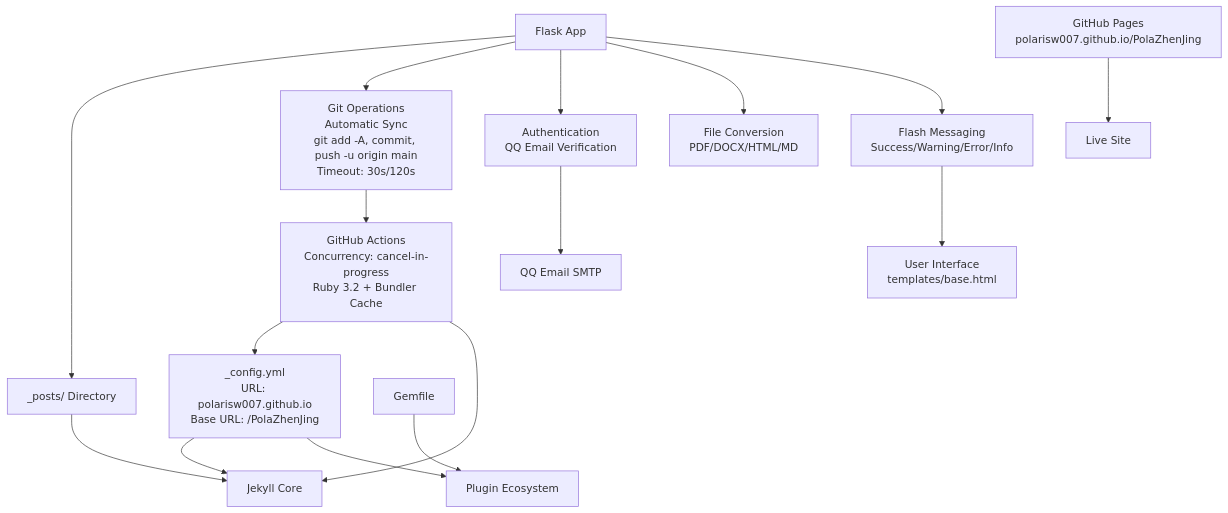
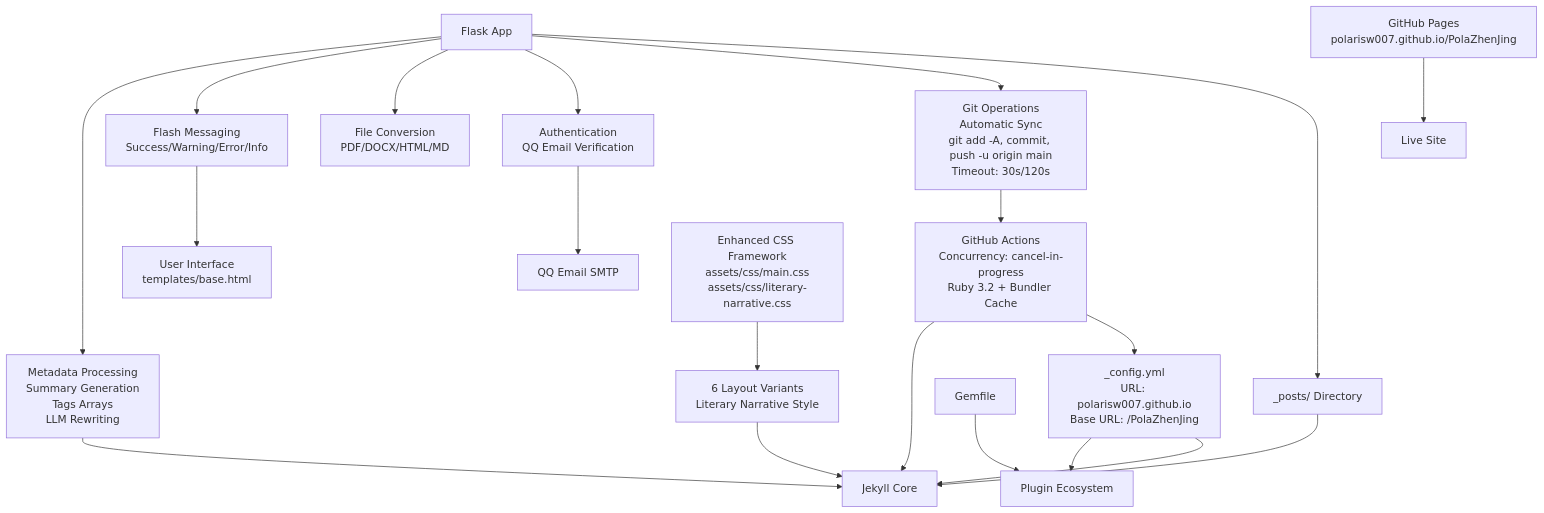
One commit to PolarisW007/PolaZhenJing changed the fourth of 4 diagrams in .qoder/repowiki/en/content/Backend Application/Publishing Pipeline.md. Above: the diagram before and after it, drawn with Mermaid. The commit also changed other lines of this file and 6 other files, not shown here.

````diff
--- a/.qoder/repowiki/en/content/Backend Application/Publishing Pipeline.md
+++ b/.qoder/repowiki/en/content/Backend Application/Publishing Pipeline.md
@@ -378,18 +435,22 @@
 ```mermaid
 graph TB
 CFG["_config.yml<br/>URL: polarisw007.github.io<br/>Base URL: /PolaZhenJing"] --> JKY["Jekyll Core"]
 CFG --> PLG["Plugin Ecosystem"]
 FLSK["Flask App"] --> POSTS["_posts/ Directory"]
 FLSK --> GIT["Git Operations<br/>Automatic Sync<br/>git add -A, commit, push -u origin main<br/>Timeout: 30s/120s"]
 FLSK --> AUTH["Authentication<br/>QQ Email Verification"]
 FLSK --> CONV["File Conversion<br/>PDF/DOCX/HTML/MD"]
 FLSK --> FLASH["Flash Messaging<br/>Success/Warning/Error/Info"]
+FLSK --> META["Metadata Processing<br/>Summary Generation<br/>Tags Arrays<br/>LLM Rewriting"]
 POSTS --> JKY
+META --> JKY
 GIT --> ACT["GitHub Actions<br/>Concurrency: cancel-in-progress<br/>Ruby 3.2 + Bundler Cache"]
 ACT --> CFG
 ACT --> JKY
 GEM["Gemfile"] --> PLG
 AUTH --> MAIL["QQ Email SMTP"]
 FLASH --> UI["User Interface<br/>templates/base.html"]
 PAGES["GitHub Pages<br/>polarisw007.github.io/PolaZhenJing"] --> LIVE["Live Site"]
+LAYOUTS["6 Layout Variants<br/>Literary Narrative Style"] --> JKY
+CSS["Enhanced CSS Framework<br/>assets/css/main.css<br/>assets/css/literary-narrative.css"] --> LAYOUTS
 ```
````
